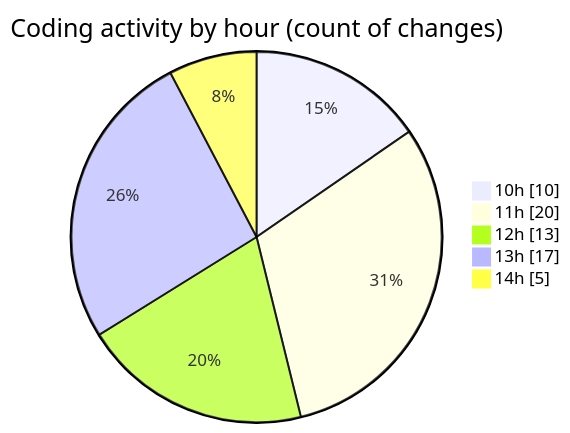
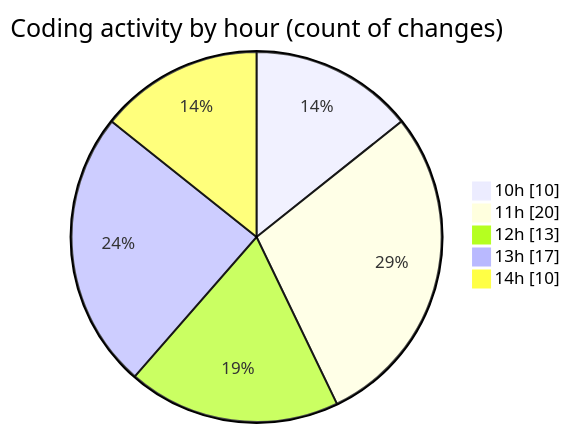
Before and after one commit to BS-eng2023/code-tracking: the second of 2 diagrams in 2025-03-31/jsvms/README.md, drawn with Mermaid. The commit also changed other lines of this file and 1 other file, not shown here.

````diff
--- a/2025-03-31/jsvms/README.md
+++ b/2025-03-31/jsvms/README.md
@@ -54,9 +57,9 @@
 ```mermaid
 pie showData
 title Coding activity by hour (count of changes)
 "10h" : 10
 "11h" : 20
 "12h" : 13
 "13h" : 17
-"14h" : 5
+"14h" : 10
 ```
````
